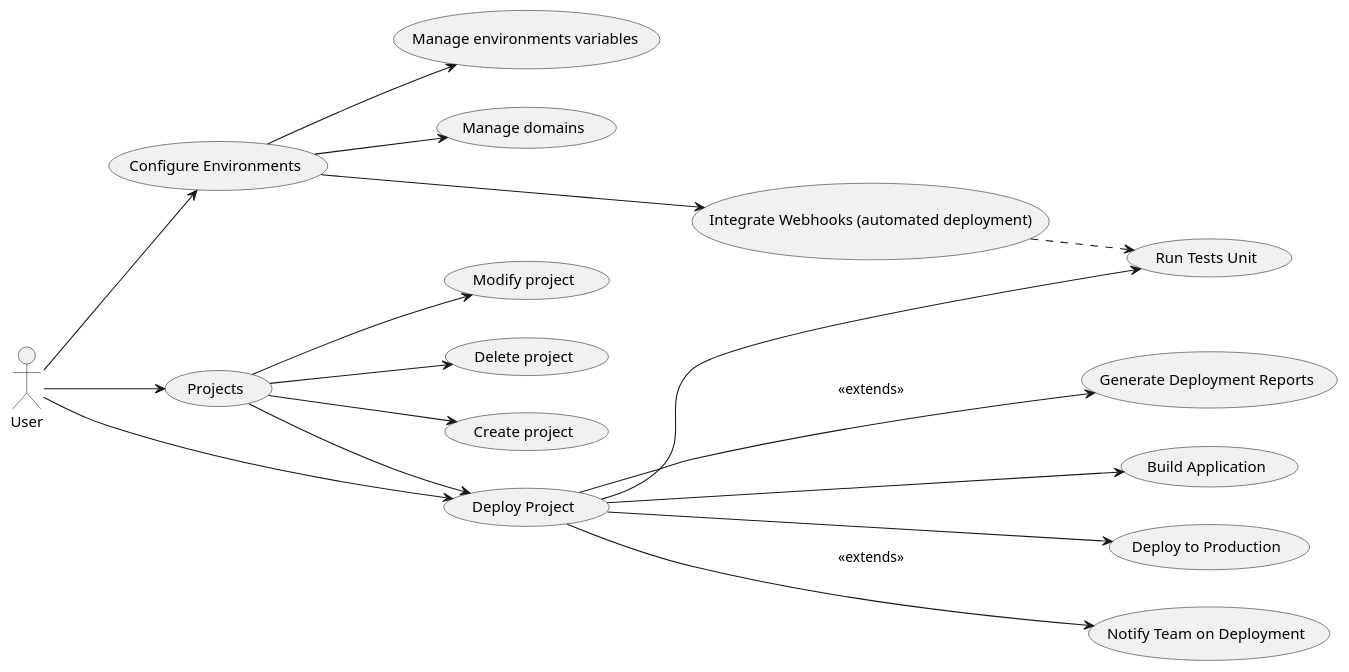
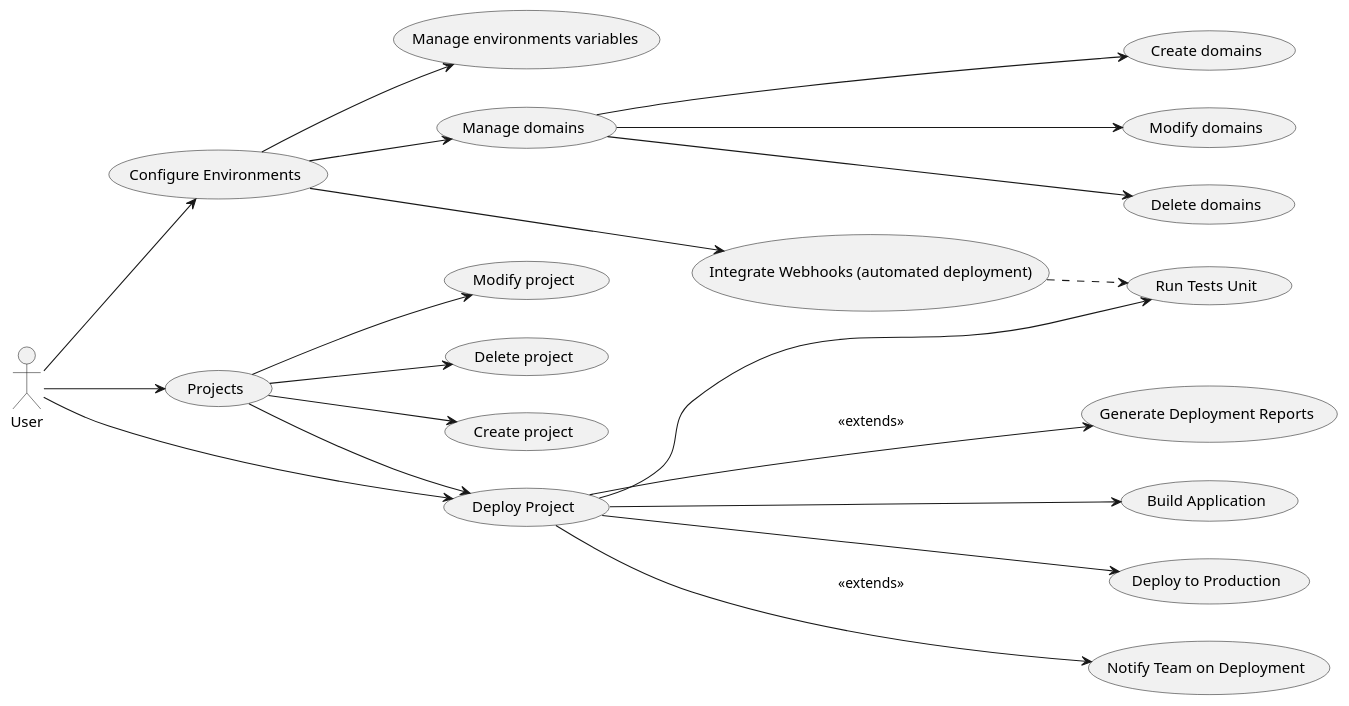
The diagram in Analyse/use-case-diagram.plantuml (Cyclops789/solicode-project-file-rouge), drawn with PlantUML before and after one commit.

```diff
--- a/Analyse/use-case-diagram.plantuml
+++ b/Analyse/use-case-diagram.plantuml
@@ -1,49 +1,57 @@
 @startuml "Deployment app"
 
 left to right direction
 
 actor "User" as User
 
 usecase "Deploy Project" as Deploy
 usecase "Projects" as Projects
 
 usecase "Configure Environments" as Configuration
 
 usecase "Run Tests Unit" as TestsUnit
 usecase "Build Application" as BuildApplication
 usecase "Deploy to Production" as DeployProduction
 
 usecase "Create project" as CreateProject
 usecase "Modify project" as ModifyProject
 usecase "Delete project" as DeleteProject
+
+usecase "Create domains" as CreateDomain
+usecase "Modify domains" as ModifyDomain
+usecase "Delete domains" as DeleteDomain
 
 usecase "Manage environments variables" as ManageEnvVariables
 usecase "Manage domains" as ManageDomains
 usecase "Integrate Webhooks (automated deployment)" as IntegrateWebHooks
 usecase "Notify Team on Deployment" as NotifyTeam
 usecase "Generate Deployment Reports" as DeploymentReports
 
 User --> Deploy
 User --> Configuration
 User --> Projects
 
 Projects --> Deploy
 
 Projects --> CreateProject
 Projects --> ModifyProject
 Projects --> DeleteProject
 
 Configuration --> ManageEnvVariables
 Configuration --> ManageDomains
 Configuration --> IntegrateWebHooks
 
+ManageDomains --> CreateDomain
+ManageDomains --> ModifyDomain
+ManageDomains --> DeleteDomain
+
 IntegrateWebHooks .> TestsUnit
 
 Deploy --> TestsUnit
 Deploy --> BuildApplication
 Deploy --> DeployProduction
 
 Deploy --> NotifyTeam : <<extends>>
 Deploy --> DeploymentReports : <<extends>>
 
 @enduml
```
